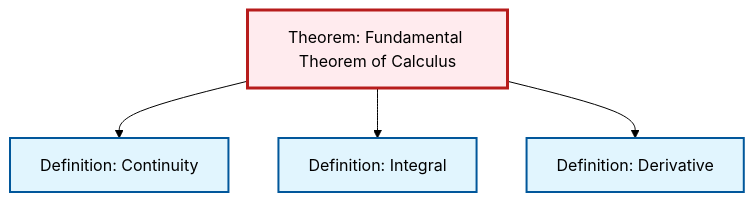
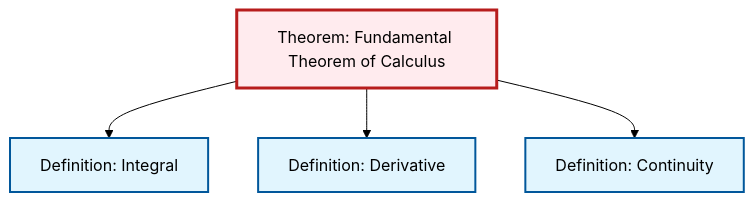
One commit to RK0429/ModernMath changed the diagram in content/en/analysis/thm-fundamental-calculus.qmd. Above: the diagram before and after it, drawn with Mermaid (forest theme). The commit also changed other lines of this file and 597 other files, not shown here.

````diff
--- a/content/en/analysis/thm-fundamental-calculus.qmd
+++ b/content/en/analysis/thm-fundamental-calculus.qmd
@@ -141,20 +141,20 @@
 ```{mermaid}
 %%| fig-cap: "Local dependency graph"
 graph TD
     classDef definition fill:#e1f5fe,stroke:#01579b,stroke-width:2px
     classDef theorem fill:#f3e5f5,stroke:#4a148c,stroke-width:2px
     classDef axiom fill:#fff3e0,stroke:#e65100,stroke-width:2px
     classDef example fill:#e8f5e9,stroke:#1b5e20,stroke-width:2px
     classDef current fill:#ffebee,stroke:#b71c1c,stroke-width:3px
+    thm-fundamental-calculus["Theorem: Fundamental Theorem of Calculus"]:::theorem
     def-derivative["Definition: Derivative"]:::definition
+    def-continuity["Definition: Continuity"]:::definition
     def-integral["Definition: Integral"]:::definition
-    thm-fundamental-calculus["Theorem: Fundamental Theorem of Calculus"]:::theorem
-    def-continuity["Definition: Continuity"]:::definition
-    thm-fundamental-calculus --> def-continuity
     thm-fundamental-calculus --> def-integral
     thm-fundamental-calculus --> def-derivative
+    thm-fundamental-calculus --> def-continuity
     class thm-fundamental-calculus current
     click def-derivative "def-derivative.html" "Go to Derivative definition"
+    click def-continuity "def-continuity.html" "Go to Continuity definition"
     click def-integral "def-integral.html" "Go to Integral definition"
-    click def-continuity "def-continuity.html" "Go to Continuity definition"
 ```
````
